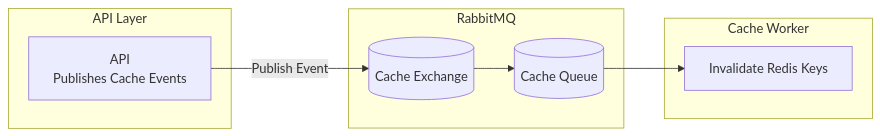
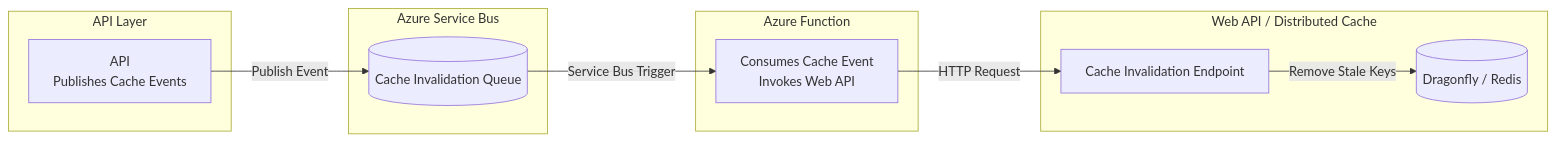
Before and after one commit to HasanJaved-Developer/MessageHubAzure: the diagram in docs/cache_invalidation_diagram.mmd, drawn with Mermaid. The commit also changed 12 other files, not shown here.

```diff
--- a/docs/cache_invalidation_diagram.mmd
+++ b/docs/cache_invalidation_diagram.mmd
@@ -1,17 +1,24 @@
+
 flowchart LR
 
     subgraph API["API Layer"]
         A[API<br/>Publishes Cache Events]
     end
 
-    subgraph MQ["RabbitMQ"]
-        X[(Cache Exchange)]
-        Q[(Cache Queue)]
+    subgraph ASB["Azure Service Bus"]
+        Q[(Cache Invalidation Queue)]
     end
 
-    subgraph WORKER["Cache Worker"]
-        W[Invalidate Redis Keys]
+    subgraph WORKER["Azure Function"]
+        W[Consumes Cache Event<br/>Invokes Web API]
     end
 
-    A -->|Publish Event| X
-    X --> Q --> W
+    subgraph CACHE["Web API / Distributed Cache"]
+        C[Cache Invalidation Endpoint]
+        R[(Dragonfly / Redis)]
+    end
+
+    A -->|Publish Event| Q
+    Q -->|Service Bus Trigger| W
+    W -->|HTTP Request| C
+    C -->|Remove Stale Keys| R
```
